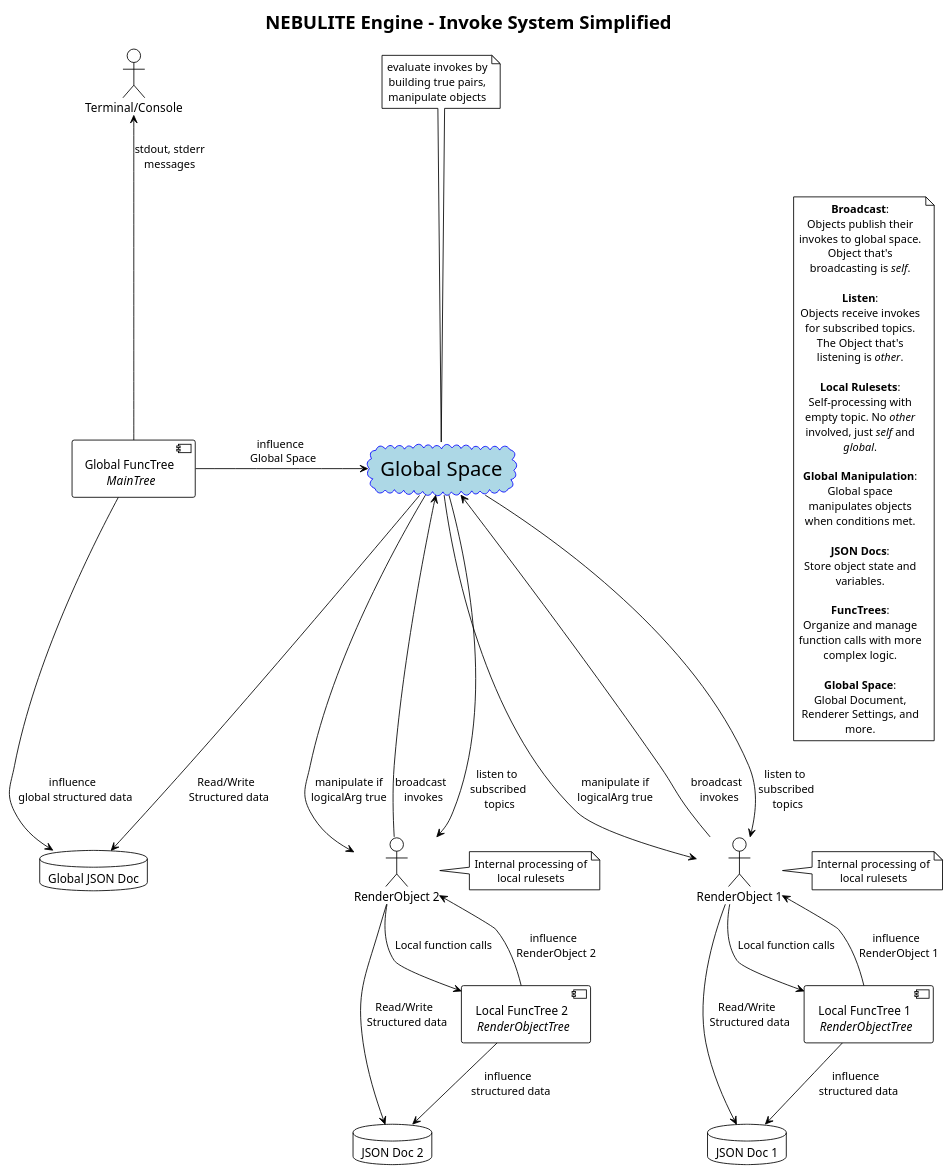
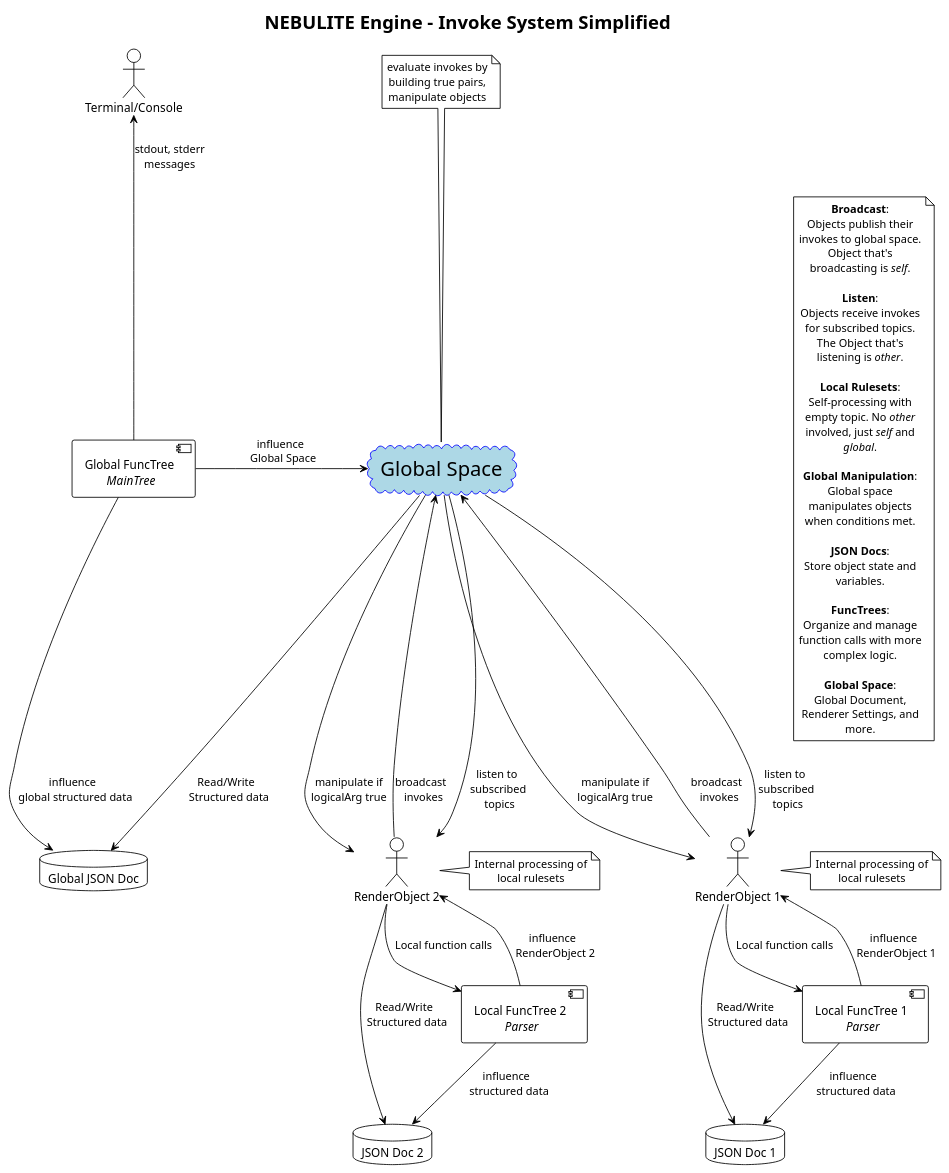
The diagram in doc/invoke.plantuml (lbastigk/Nebulite), drawn with PlantUML before and after one commit. The commit also changed 14 other files, not shown here.

```diff
--- a/doc/invoke.plantuml
+++ b/doc/invoke.plantuml
@@ -1,99 +1,99 @@
 @startuml InvokeAbstract
 !theme plain
 skinparam defaultTextAlignment center
 skinparam wrapWidth 150
 
 title NEBULITE Engine - Invoke System Simplified
 
 skinparam cloud {
   BackgroundColor lightblue
   BorderColor blue
   FontSize 24
 }
 
 actor "RenderObject 2" as RO2
 actor "RenderObject 1" as RO1
 cloud "Global Space" as GS
 
 ' Global Space evaluates invokes
 note top of GS : evaluate invokes by building true pairs, manipulate objects
 
 
 ' JSON Documents
 database "JSON Doc 2" as JSON2
 database "JSON Doc 1" as JSON1
 database "Global JSON Doc" as GJSON
 
 ' Connect JSON docs to their owners
 RO2 -down-> JSON2 : Read/Write \n Structured data
 RO1 -down-> JSON1 : Read/Write \n Structured data
 GS -down-> GJSON  : Read/Write \n Structured data
 
 ' Function Trees
 component "Global FuncTree \n //MainTree//" as MT
-component "Local FuncTree 1 \n //RenderObjectTree//" as LT1
-component "Local FuncTree 2 \n //RenderObjectTree//" as LT2
+component "Local FuncTree 1 \n //Parser//" as LT1
+component "Local FuncTree 2 \n //Parser//" as LT2
 
 ' User Output
 actor "Terminal/Console" as TERM
 
 ' Connect MainTree to User Output
 MT -up-> TERM : stdout, stderr\nmessages
 
 
 ' Connect Local Trees to RenderObjects
 RO1 -down-> LT1 : Local function calls
 RO2 -down-> LT2 : Local function calls
 
 ' Broadcasting
 RO1 -up-> GS : broadcast \n invokes
 RO2 -up-> GS : broadcast \n invokes
 
 ' Listening
 GS -down-> RO1 : listen to \n subscribed \n topics
 GS -down-> RO2 : listen to \n subscribed \n topics
 
 ' Local invokes (no topic)
 note right of RO1 : Internal processing of local rulesets
 note right of RO2 : Internal processing of local rulesets
 
 ' Tree influences docs
 LT1 -down-> JSON1 : influence \n structured data
 LT2 -down-> JSON2 : influence \n structured data
 MT  -down-> GJSON : influence \n global structured data
 
 ' Tree influences more complex components
 LT1 -down-> RO1 : influence \n RenderObject 1
 LT2 -down-> RO2 : influence \n RenderObject 2
 MT  -right-> GS : influence \n Global Space
 
 ' Global manipulation
 GS -down-> RO1 : manipulate if\nlogicalArg true
 GS -down-> RO2 : manipulate if\nlogicalArg true
 
 note as N1
   **Broadcast**: 
   Objects publish their invokes to global space. Object that's broadcasting is //self//.
 
   **Listen**: 
   Objects receive invokes for subscribed topics. The Object that's listening is //other//.
 
   **Local Rulesets**: 
   Self-processing with empty topic. No //other// involved, just //self// and //global//.
 
   **Global Manipulation**: 
   Global space manipulates objects when conditions met.
 
   **JSON Docs**: 
   Store object state and variables.
 
   **FuncTrees**: 
   Organize and manage function calls with more complex logic.
 
   **Global Space**: 
   Global Document, Renderer Settings, and more.
 end note
 
 N1 -[hidden]-> RO1
 
 @enduml
```
